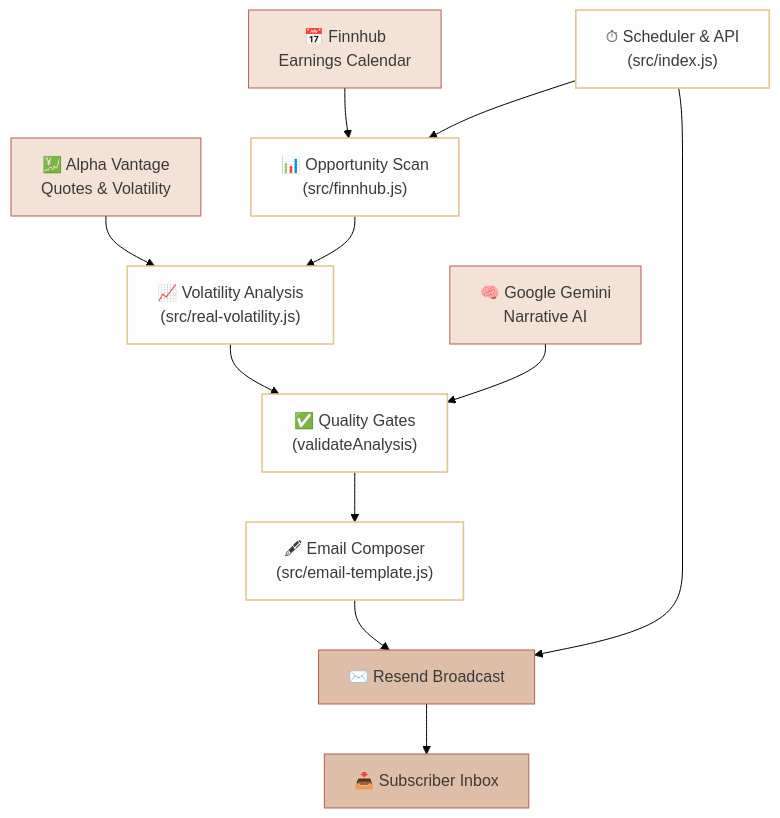
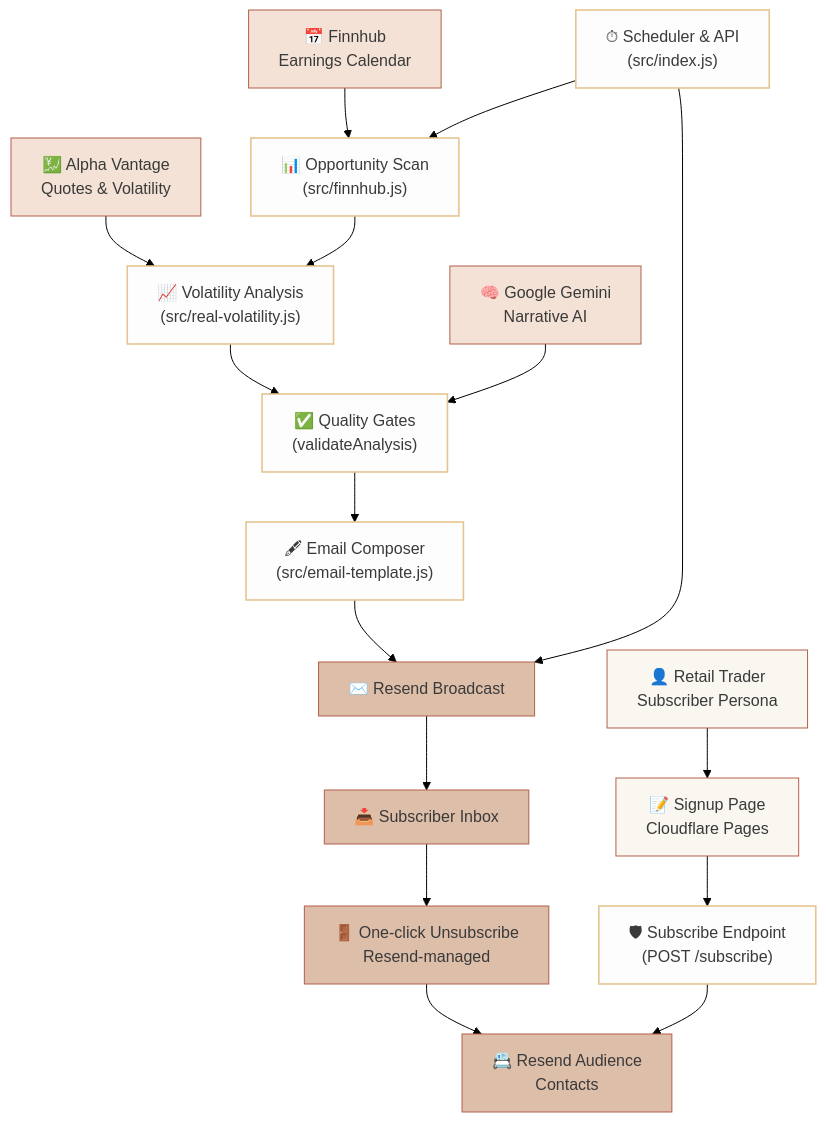
One commit to ravishan16/resend-ai-analyst changed the diagram in README.md. Above: the diagram before and after it, drawn with Mermaid (forest theme). The commit also changed other lines of this file and 12 other files, not shown here.

````diff
--- a/README.md
+++ b/README.md
@@ -27,26 +42,34 @@
 ```mermaid
 flowchart TD
-    classDef data fill:#F3E2D5,stroke:#B45F4D,stroke-width:1px,color:#3A3A3A
-    classDef worker fill:#FDFDFD,stroke:#E4C590,stroke-width:1.6px,color:#3A3A3A
-    classDef delivery fill:#DDBEA9,stroke:#B45F4D,stroke-width:1px,color:#3A3A3A
+   classDef data fill:#F3E2D5,stroke:#B45F4D,stroke-width:1px,color:#3A3A3A
+   classDef worker fill:#FDFDFD,stroke:#E4C590,stroke-width:1.6px,color:#3A3A3A
+   classDef delivery fill:#DDBEA9,stroke:#B45F4D,stroke-width:1px,color:#3A3A3A
+   classDef touch fill:#FAF6F0,stroke:#B45F4D,stroke-width:1px,color:#3A3A3A
 
-    F["📅 Finnhub<br/>Earnings Calendar"]:::data
-    A["💹 Alpha Vantage<br/>Quotes & Volatility"]:::data
-    G["🧠 Google Gemini<br/>Narrative AI"]:::data
+   F["📅 Finnhub<br/>Earnings Calendar"]:::data
+   A["💹 Alpha Vantage<br/>Quotes & Volatility"]:::data
+   G["🧠 Google Gemini<br/>Narrative AI"]:::data
 
-    S["⏱ Scheduler & API<br/>(src/index.js)"]:::worker
-    P["📊 Opportunity Scan<br/>(src/finnhub.js)"]:::worker
-    V["📈 Volatility Analysis<br/>(src/real-volatility.js)"]:::worker
-    Q["✅ Quality Gates<br/>(validateAnalysis)"]:::worker
-    T["🖋 Email Composer<br/>(src/email-template.js)"]:::worker
+   U["👤 Retail Trader<br/>Subscriber Persona"]:::touch
+   Signup["📝 Signup Page<br/>Cloudflare Pages"]:::touch
 
-    R["✉️ Resend Broadcast"]:::delivery
-    L["📥 Subscriber Inbox"]:::delivery
+   S["⏱ Scheduler & API<br/>(src/index.js)"]:::worker
+   Sub["🛡 Subscribe Endpoint<br/>(POST /subscribe)"]:::worker
+   P["📊 Opportunity Scan<br/>(src/finnhub.js)"]:::worker
+   V["📈 Volatility Analysis<br/>(src/real-volatility.js)"]:::worker
+   Q["✅ Quality Gates<br/>(validateAnalysis)"]:::worker
+   T["🖋 Email Composer<br/>(src/email-template.js)"]:::worker
 
-    F --> P
-    A --> V
-    P --> V --> Q --> T --> R --> L
-    G --> Q
-    S --> P
-    S --> R
+   Audience["📇 Resend Audience<br/>Contacts"]:::delivery
+   R["✉️ Resend Broadcast"]:::delivery
+   L["📥 Subscriber Inbox"]:::delivery
+   Unsub["🚪 One-click Unsubscribe<br/>Resend-managed"]:::delivery
+
+   F --> P
+   A --> V
+   P --> V --> Q --> T --> R --> L --> Unsub --> Audience
+   G --> Q
+   S --> P
+   S --> R
+   U --> Signup --> Sub --> Audience
 ```
````
